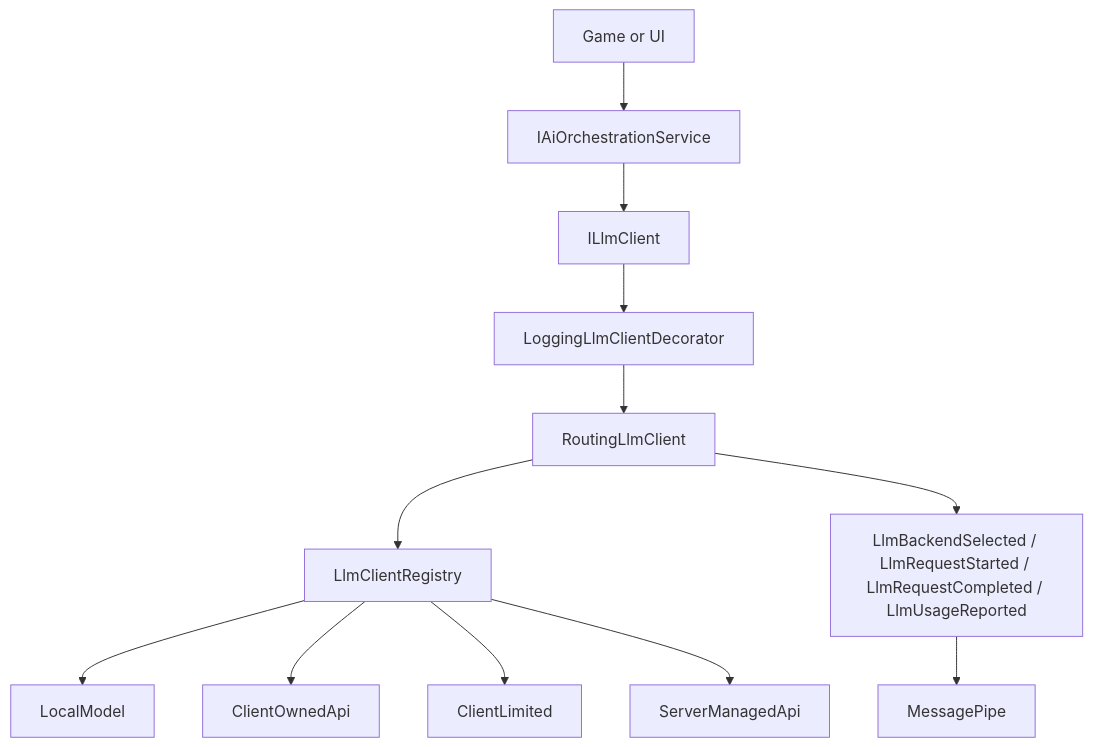
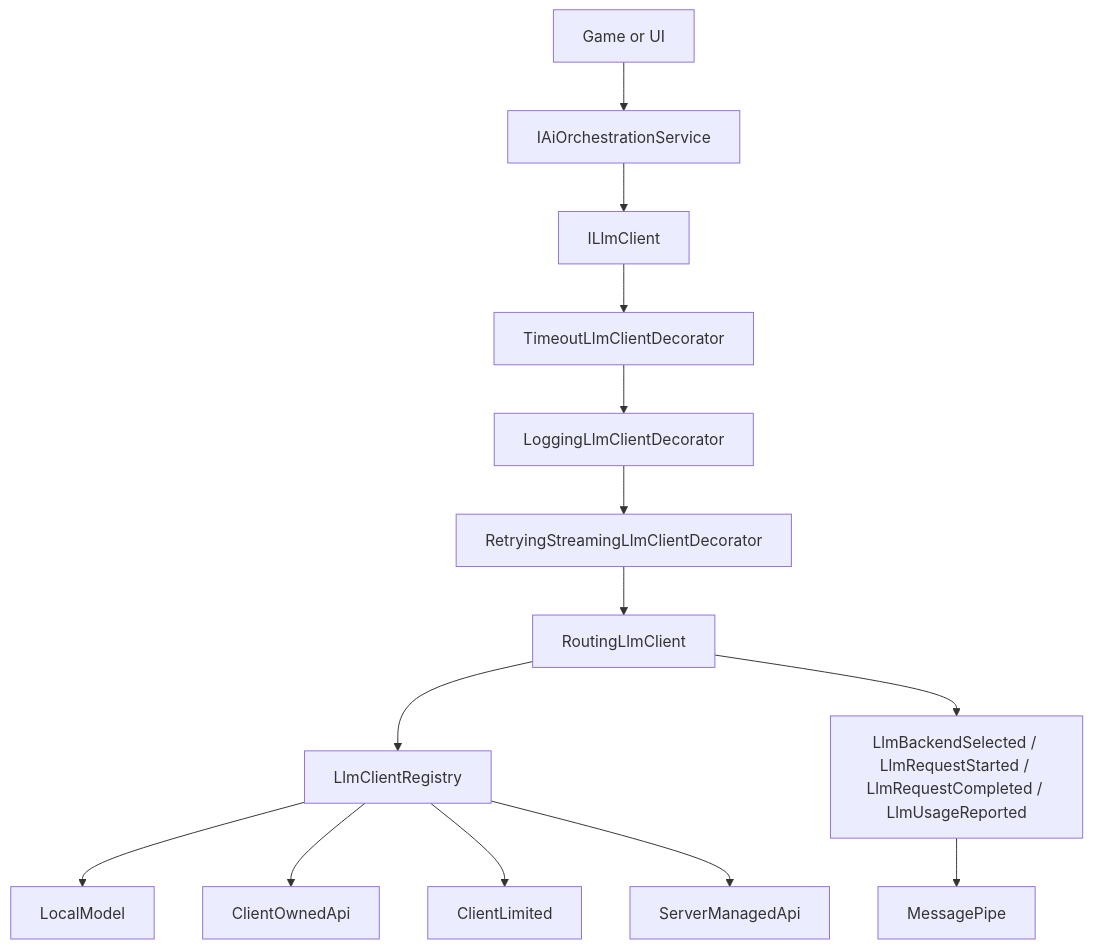
Before and after one commit to NeoXider/CoreAI: the diagram in Assets/CoreAiUnity/Docs/ARCHITECTURE.md, drawn with Mermaid. The commit also changed other lines of this file and 4 other files, not shown here.

First line of the commit message:
docs: actualize benchmark, architecture, CI and install docs to 5.4.0 state

````diff
--- a/Assets/CoreAiUnity/Docs/ARCHITECTURE.md
+++ b/Assets/CoreAiUnity/Docs/ARCHITECTURE.md
@@ -19,14 +19,16 @@
 ```mermaid
 flowchart TD
     Game["Game or UI"] --> Orchestrator["IAiOrchestrationService"]
     Orchestrator --> LlmClient["ILlmClient"]
-    LlmClient --> Logging["LoggingLlmClientDecorator"]
-    Logging --> Routing["RoutingLlmClient"]
+    LlmClient --> Timeout["TimeoutLlmClientDecorator"]
+    Timeout --> Logging["LoggingLlmClientDecorator"]
+    Logging --> RetryStream["RetryingStreamingLlmClientDecorator"]
+    RetryStream --> Routing["RoutingLlmClient"]
     Routing --> Registry["LlmClientRegistry"]
     Registry --> LocalModel["LocalModel"]
     Registry --> ClientOwnedApi["ClientOwnedApi"]
     Registry --> ClientLimited["ClientLimited"]
     Registry --> ServerManagedApi["ServerManagedApi"]
     Routing --> Events["LlmBackendSelected / LlmRequestStarted / LlmRequestCompleted / LlmUsageReported"]
     Events --> MessagePipe["MessagePipe"]
 ```
````
